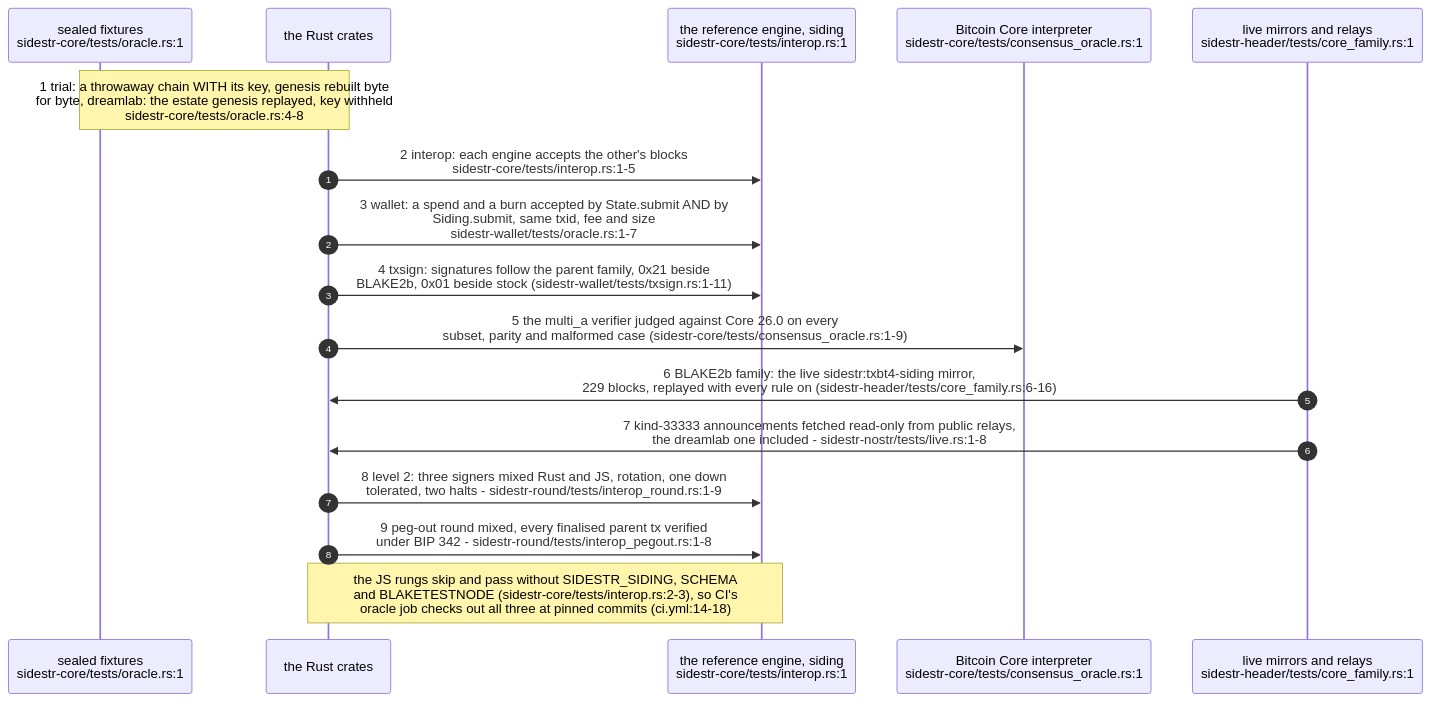
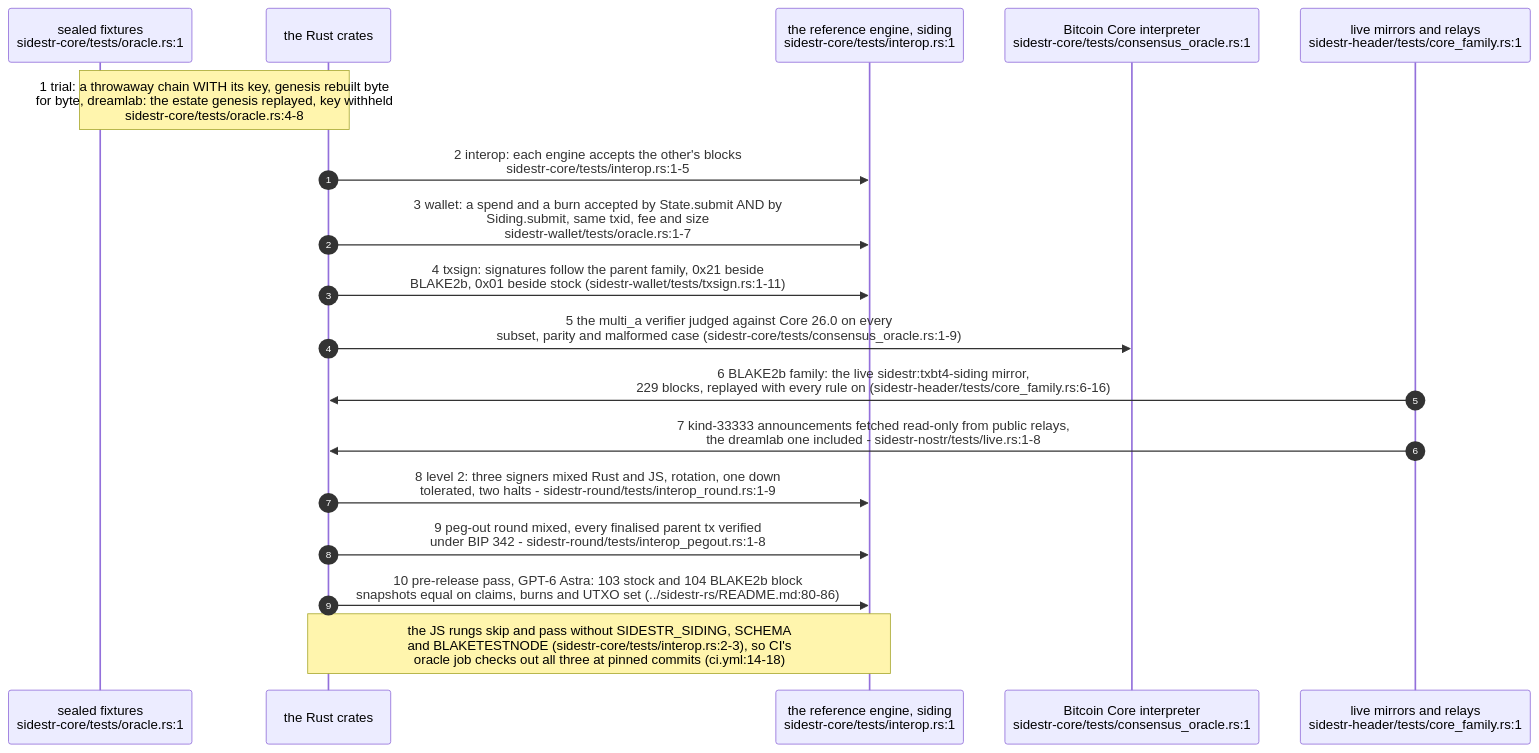
The third of 6 diagrams in docs/diagrams/sidestr-rs/01-crates-oracle-and-live-loop.md (DreamLab-AI/VisionFlow), drawn with Mermaid before and after one commit. The commit also changed other lines of this file and 2 other files, not shown here.

First line of the commit message:
docs(diagrams): re-stamp SR-01 at sidestr-rs 1b5c508 — released on crates.io, verification pass recorded

````diff
--- a/docs/diagrams/sidestr-rs/01-crates-oracle-and-live-loop.md
+++ b/docs/diagrams/sidestr-rs/01-crates-oracle-and-live-loop.md
@@ -125,20 +125,21 @@
 ```mermaid
 sequenceDiagram
     autonumber
     participant F as sealed fixtures<br/>sidestr-core/tests/oracle.rs:1
     participant R as the Rust crates
     participant J as the reference engine, siding<br/>sidestr-core/tests/interop.rs:1
     participant K as Bitcoin Core interpreter<br/>sidestr-core/tests/consensus_oracle.rs:1
     participant M as live mirrors and relays<br/>sidestr-header/tests/core_family.rs:1
 
     Note over F,R: 1 trial: a throwaway chain WITH its key, genesis rebuilt byte<br/>for byte, dreamlab: the estate genesis replayed, key withheld<br/>sidestr-core/tests/oracle.rs:4-8
     R->>J: 2 interop: each engine accepts the other's blocks<br/>sidestr-core/tests/interop.rs:1-5
     R->>J: 3 wallet: a spend and a burn accepted by State.submit AND by<br/>Siding.submit, same txid, fee and size<br/>sidestr-wallet/tests/oracle.rs:1-7
     R->>J: 4 txsign: signatures follow the parent family, 0x21 beside<br/>BLAKE2b, 0x01 beside stock (sidestr-wallet/tests/txsign.rs:1-11)
     R->>K: 5 the multi_a verifier judged against Core 26.0 on every<br/>subset, parity and malformed case (sidestr-core/tests/consensus_oracle.rs:1-9)
     M->>R: 6 BLAKE2b family: the live sidestr:txbt4-siding mirror,<br/>229 blocks, replayed with every rule on (sidestr-header/tests/core_family.rs:6-16)
     M->>R: 7 kind-33333 announcements fetched read-only from public relays,<br/>the dreamlab one included - sidestr-nostr/tests/live.rs:1-8
     R->>J: 8 level 2: three signers mixed Rust and JS, rotation, one down<br/>tolerated, two halts - sidestr-round/tests/interop_round.rs:1-9
     R->>J: 9 peg-out round mixed, every finalised parent tx verified<br/>under BIP 342 - sidestr-round/tests/interop_pegout.rs:1-8
+    R->>J: 10 pre-release pass, GPT-6 Astra: 103 stock and 104 BLAKE2b block<br/>snapshots equal on claims, burns and UTXO set (../sidestr-rs/README.md:80-86)
     Note over R,J: the JS rungs skip and pass without SIDESTR_SIDING, SCHEMA<br/>and BLAKETESTNODE (sidestr-core/tests/interop.rs:2-3), so CI's<br/>oracle job checks out all three at pinned commits (ci.yml:14-18)
 ```
````
